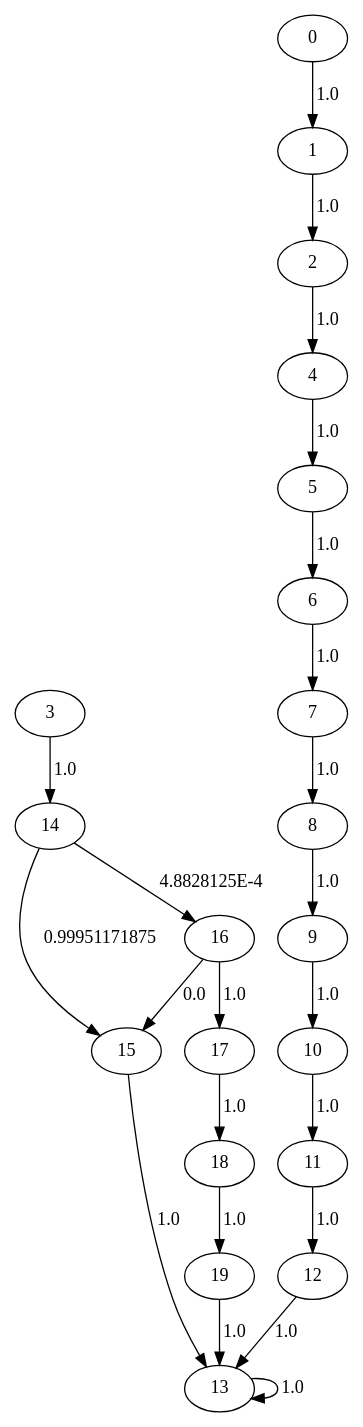
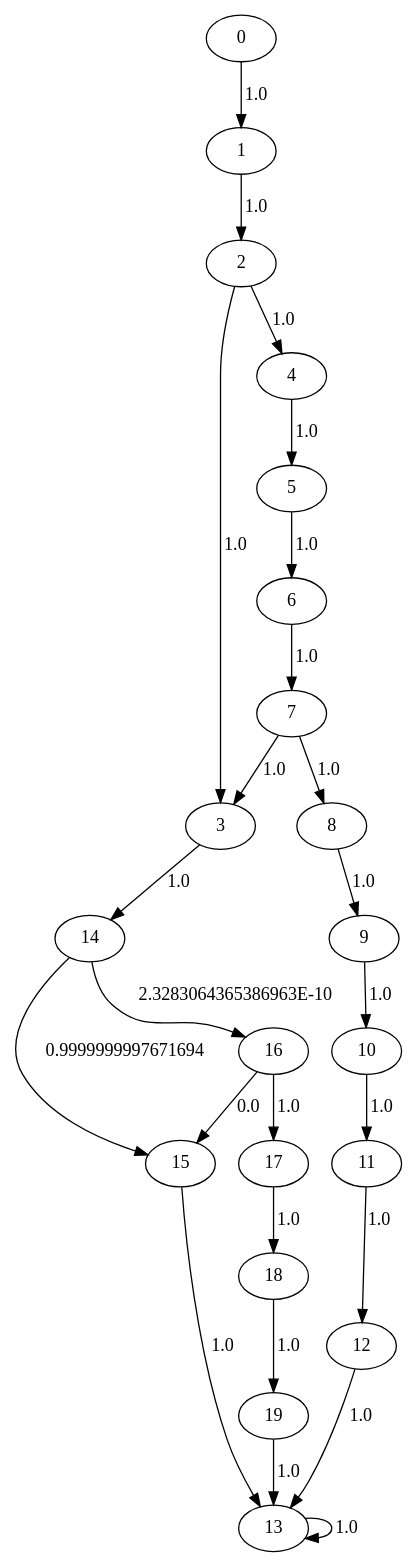
Before and after one commit to seemantasaha/DependencyAnalysis: the diagram in LNode_swapNode.dot, drawn with Graphviz. The commit also changed 17 other files, not shown here.

```diff
--- a/LNode_swapNode.dot
+++ b/LNode_swapNode.dot
@@ -1,24 +1,26 @@
 digraph {
 	11 -> 12[label= "1.0"];
 	12 -> 13[label= "1.0"];
 	13 -> 13[label= "1.0"];
-	14 -> 15[label= "0.99951171875"];
-	14 -> 16[label= "4.8828125E-4"];
+	14 -> 15[label= "0.9999999997671694"];
+	14 -> 16[label= "2.3283064365386963E-10"];
 	15 -> 13[label= "1.0"];
 	16 -> 15[label= "0.0"];
 	16 -> 17[label= "1.0"];
 	17 -> 18[label= "1.0"];
 	18 -> 19[label= "1.0"];
 	19 -> 13[label= "1.0"];
 	0 -> 1[label= "1.0"];
 	1 -> 2[label= "1.0"];
+	2 -> 3[label= "1.0"];
 	2 -> 4[label= "1.0"];
 	3 -> 14[label= "1.0"];
 	4 -> 5[label= "1.0"];
 	5 -> 6[label= "1.0"];
 	6 -> 7[label= "1.0"];
+	7 -> 3[label= "1.0"];
 	7 -> 8[label= "1.0"];
 	8 -> 9[label= "1.0"];
 	9 -> 10[label= "1.0"];
 	10 -> 11[label= "1.0"];
 }
```
